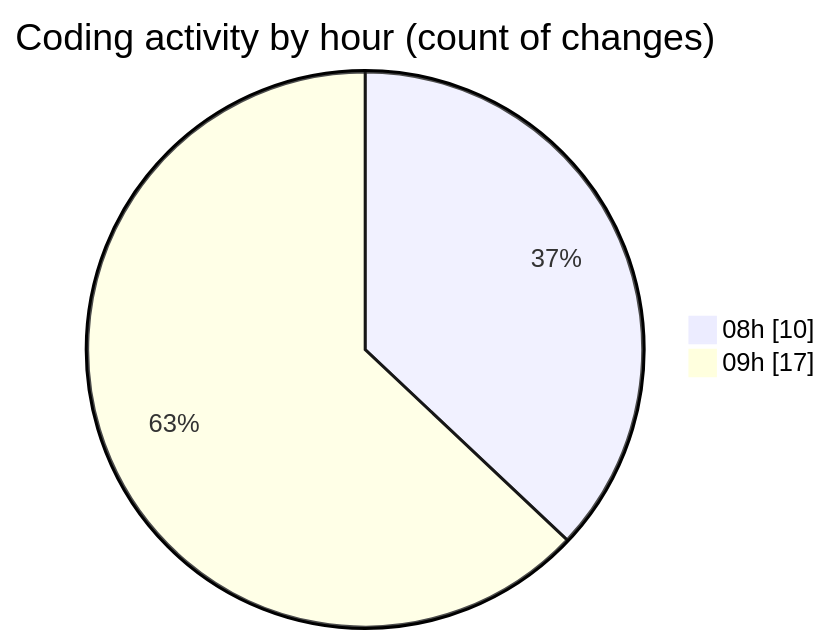
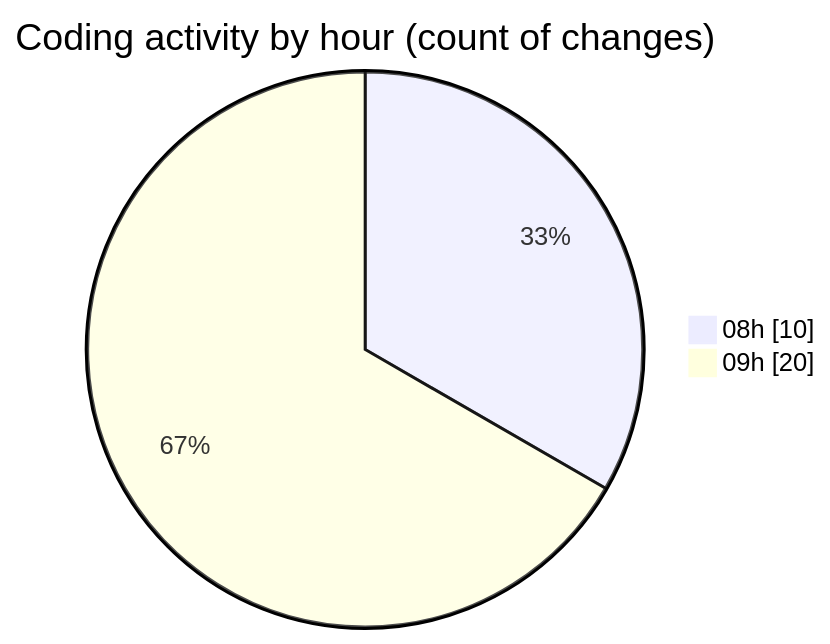
The second of 2 diagrams in 2025-01-07/nueva_carpeta/README.md (LanceThiago/code-tracking), drawn with Mermaid before and after one commit. The commit also changed other lines of this file and 1 other file, not shown here.

````diff
--- a/2025-01-07/nueva_carpeta/README.md
+++ b/2025-01-07/nueva_carpeta/README.md
@@ -28,6 +28,6 @@
 ```mermaid
 pie showData
 title Coding activity by hour (count of changes)
 "08h" : 10
-"09h" : 17
+"09h" : 20
 ```
````
